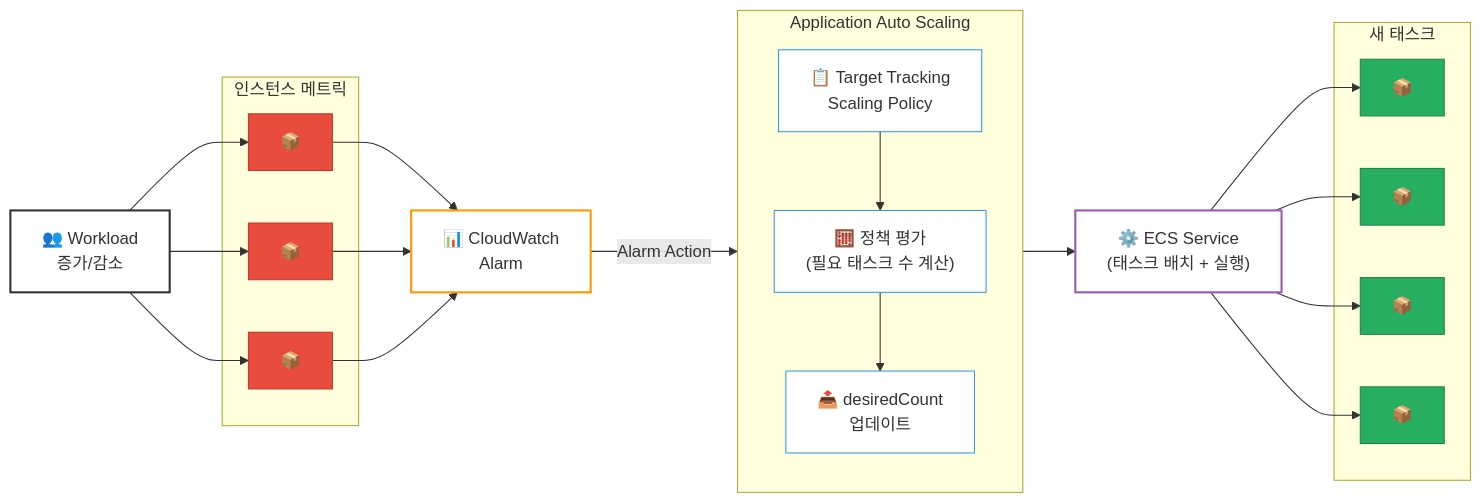
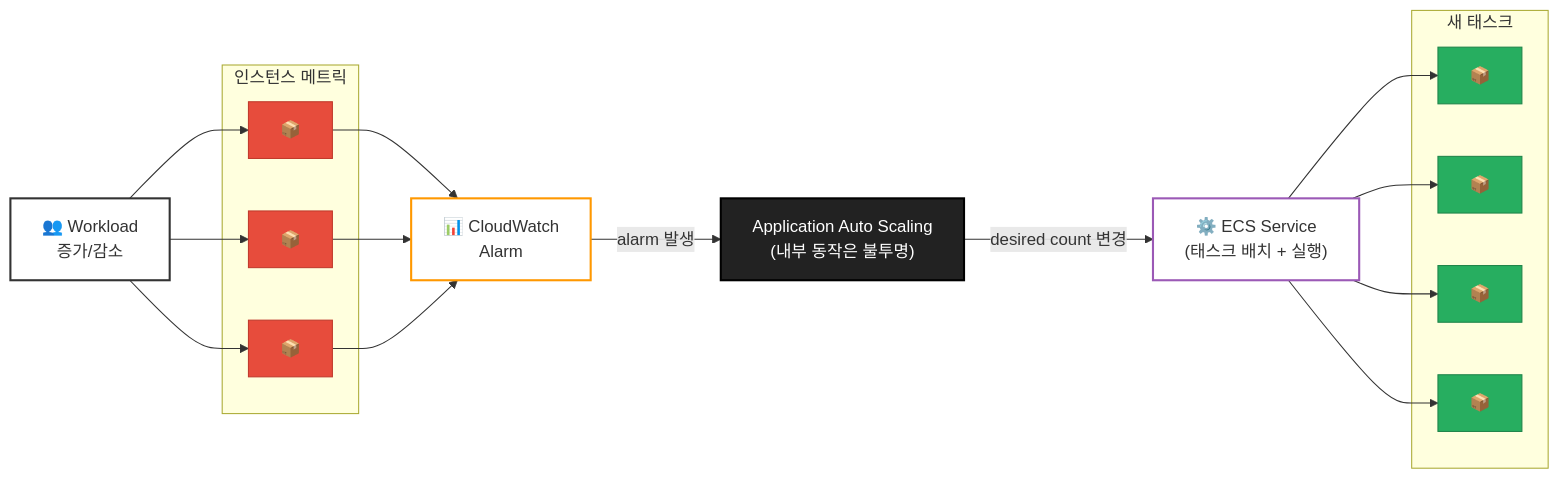
The second of 2 diagrams in content/posts/ecs-autoscaling-fitting/index.md (gukin-han/gukin-dev), drawn with Mermaid before and after one commit. The commit also changed other lines of this file and 6 other files, not shown here.

First line of the commit message:
ECS Auto Scaling 글 본문 다듬기 + footnote 전환 + 시뮬레이션 그래프 추가

````diff
--- a/content/posts/ecs-autoscaling-fitting/index.md
+++ b/content/posts/ecs-autoscaling-fitting/index.md
@@ -101,57 +109,48 @@
 ```mermaid
 flowchart LR
     Workload["👥 Workload<br/>증가/감소"]
 
     subgraph Resources["인스턴스 메트릭"]
         R1["📦"]
         R2["📦"]
         R3["📦"]
     end
 
     CW["📊 CloudWatch<br/>Alarm"]
 
-    subgraph AAS["Application Auto Scaling"]
-        direction TB
-        Policy["📋 Target Tracking<br/>Scaling Policy"]
-        Eval["🧮 정책 평가<br/>(필요 태스크 수 계산)"]
-        Update["📤 desiredCount<br/>업데이트"]
-        Policy --> Eval
-        Eval --> Update
-    end
+    AAS["Application Auto Scaling<br/>(내부 동작은 불투명)"]
 
     ECS["⚙️ ECS Service<br/>(태스크 배치 + 실행)"]
 
     subgraph Scaled["새 태스크"]
         N1["📦"]
         N2["📦"]
         N3["📦"]
         N4["📦"]
     end
 
     Workload --> R1
     Workload --> R2
     Workload --> R3
     R1 --> CW
     R2 --> CW
     R3 --> CW
-    CW -->|"Alarm Action"| Policy
-    Update --> ECS
+    CW -->|"alarm 발생"| AAS
+    AAS -->|"desired count 변경"| ECS
     ECS --> N1
     ECS --> N2
     ECS --> N3
     ECS --> N4
 
     style Workload fill:#fff,stroke:#333,stroke-width:2px
     style R1 fill:#e74c3c,stroke:#c0392b,color:#fff
     style R2 fill:#e74c3c,stroke:#c0392b,color:#fff
     style R3 fill:#e74c3c,stroke:#c0392b,color:#fff
     style CW fill:#fff,stroke:#ff9800,stroke-width:2px
-    style Policy fill:#fff,stroke:#3498db
-    style Eval fill:#fff,stroke:#3498db
-    style Update fill:#fff,stroke:#3498db
+    style AAS fill:#222,stroke:#000,color:#fff,stroke-width:2px
     style ECS fill:#fff,stroke:#9b59b6,stroke-width:2px
     style N1 fill:#27ae60,stroke:#1e8449,color:#fff
     style N2 fill:#27ae60,stroke:#1e8449,color:#fff
     style N3 fill:#27ae60,stroke:#1e8449,color:#fff
     style N4 fill:#27ae60,stroke:#1e8449,color:#fff
 ```
````
